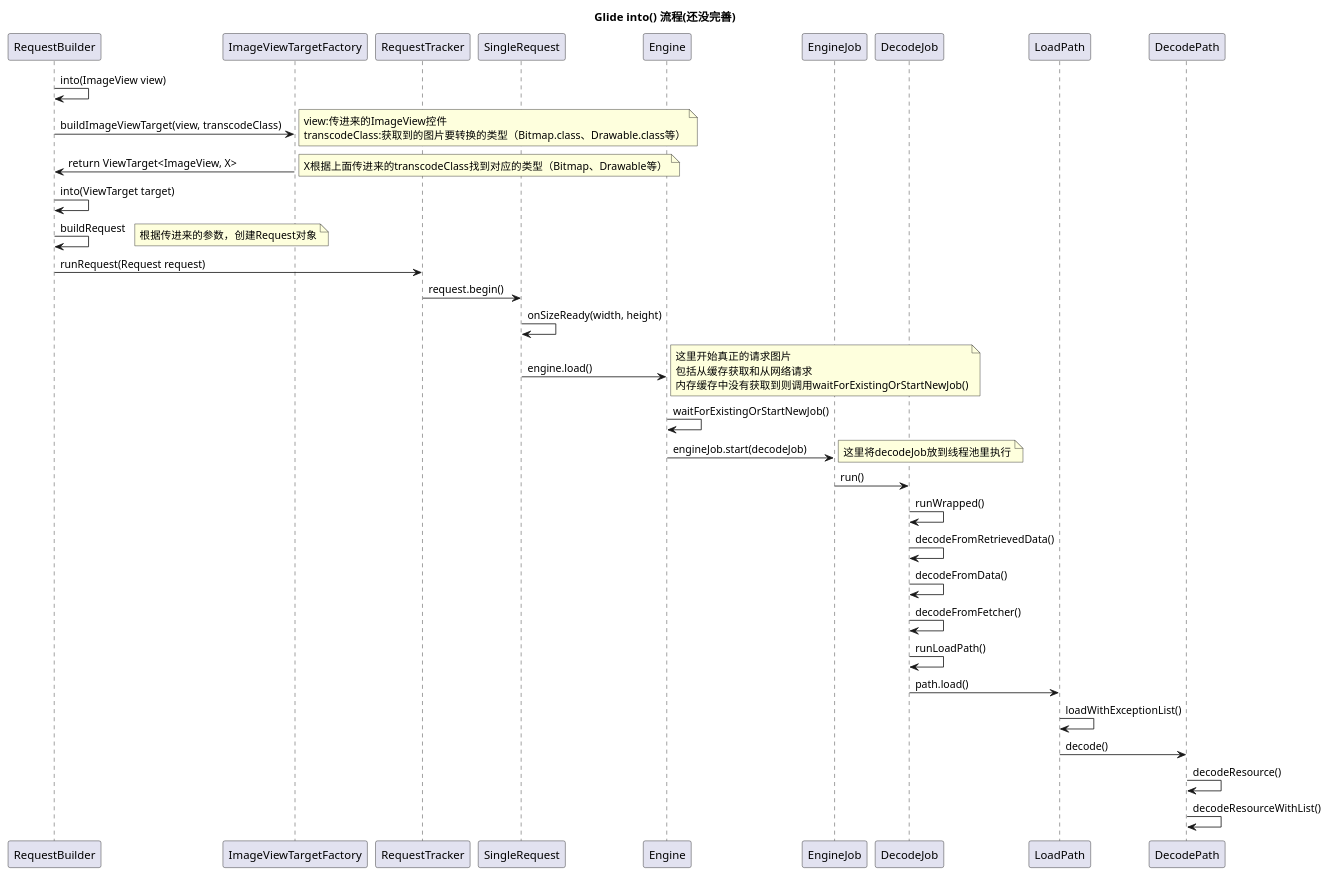
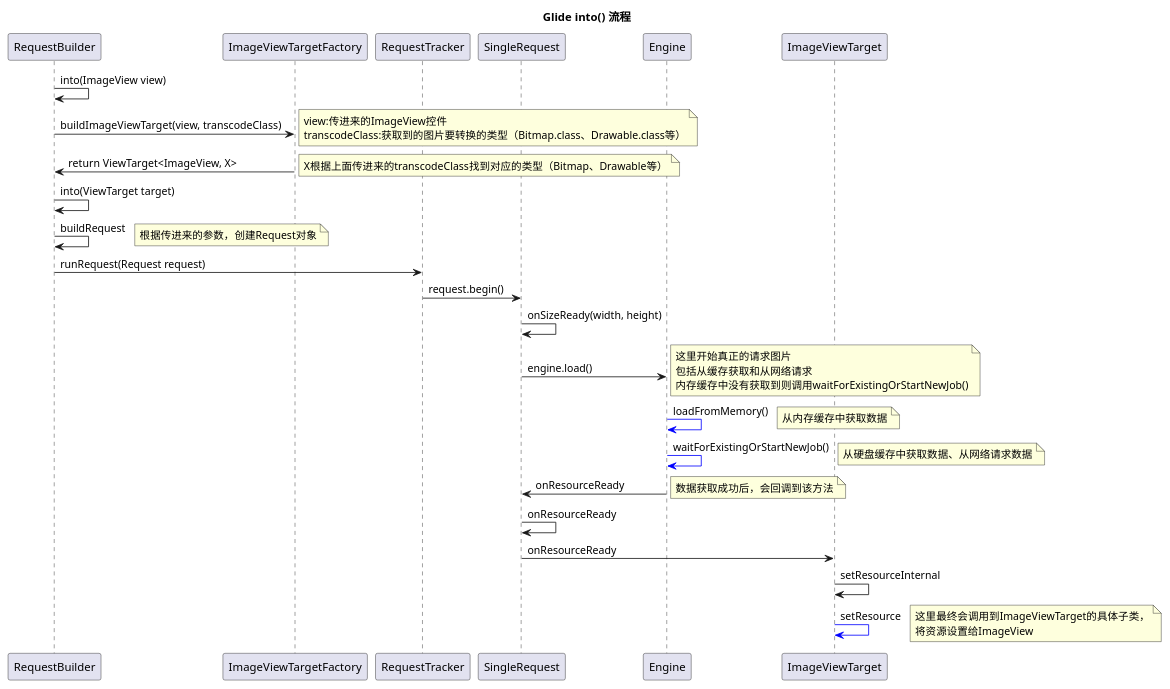
One commit to Joshua-Lu/MyStudyApp changed the diagram in docs/AndroidNote.assets/Glide_into时序图.puml. Above: the diagram before and after it, drawn with PlantUML. The commit also changed 6 other files, not shown here.

```diff
--- a/docs/AndroidNote.assets/Glide_into时序图.puml
+++ b/docs/AndroidNote.assets/Glide_into时序图.puml
@@ -1,52 +1,46 @@
 @startuml
-title Glide into() 流程(还没完善)
+title Glide into() 流程
 
 RequestBuilder -> RequestBuilder: into(ImageView view)
 
 RequestBuilder -> ImageViewTargetFactory: buildImageViewTarget(view, transcodeClass)
 note right
 view:传进来的ImageView控件
 transcodeClass:获取到的图片要转换的类型（Bitmap.class、Drawable.class等）
 end note
 
 RequestBuilder <- ImageViewTargetFactory: return ViewTarget<ImageView, X>
 note right: X根据上面传进来的transcodeClass找到对应的类型（Bitmap、Drawable等）
 
 RequestBuilder -> RequestBuilder: into(ViewTarget target)
 
 RequestBuilder -> RequestBuilder: buildRequest
 note right: 根据传进来的参数，创建Request对象
 
 RequestBuilder -> RequestTracker: runRequest(Request request)
 RequestTracker -> SingleRequest: request.begin()
 SingleRequest -> SingleRequest: onSizeReady(width, height)
 SingleRequest -> Engine: engine.load()
 note right
 这里开始真正的请求图片
 包括从缓存获取和从网络请求
 内存缓存中没有获取到则调用waitForExistingOrStartNewJob()
 end note
 
-Engine -> Engine: waitForExistingOrStartNewJob()
-Engine -> EngineJob: engineJob.start(decodeJob)
-note right: 这里将decodeJob放到线程池里执行
+Engine -[#blue]> Engine: loadFromMemory()
+note right: 从内存缓存中获取数据
+Engine -[#blue]> Engine: waitForExistingOrStartNewJob()
+note right: 从硬盘缓存中获取数据、从网络请求数据
 
-EngineJob -> DecodeJob: run()
-DecodeJob -> DecodeJob: runWrapped()
-DecodeJob -> DecodeJob: decodeFromRetrievedData()
-DecodeJob -> DecodeJob: decodeFromData()
-DecodeJob -> DecodeJob: decodeFromFetcher()
-DecodeJob -> DecodeJob: runLoadPath()
-
-DecodeJob -> LoadPath: path.load()
-LoadPath -> LoadPath: loadWithExceptionList()
-
-LoadPath -> DecodePath: decode()
-DecodePath -> DecodePath: decodeResource()
-DecodePath -> DecodePath: decodeResourceWithList()
-
-' 还要调试，再看下流程。最终调到HttpUrlFetcher.loadData 请求数据
-' Downsampler.decodeStream() 处理请求回来的图片
-' ImageViewTarget.onResourceReady() 图片处理完成后，会回调到该方法，然后再这里调用setResource()真正将资源设给ImageView
+Engine -> SingleRequest: onResourceReady
+note right: 数据获取成功后，会回调到该方法
+SingleRequest -> SingleRequest: onResourceReady
+SingleRequest -> ImageViewTarget: onResourceReady
+ImageViewTarget -> ImageViewTarget: setResourceInternal
+ImageViewTarget -[#blue]> ImageViewTarget: setResource
+note right
+这里最终会调用到ImageViewTarget的具体子类，
+将资源设置给ImageView
+end note
 
 @enduml
```
